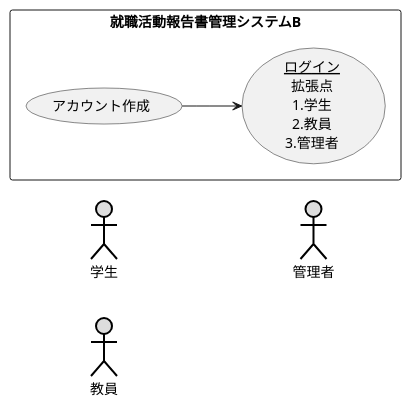
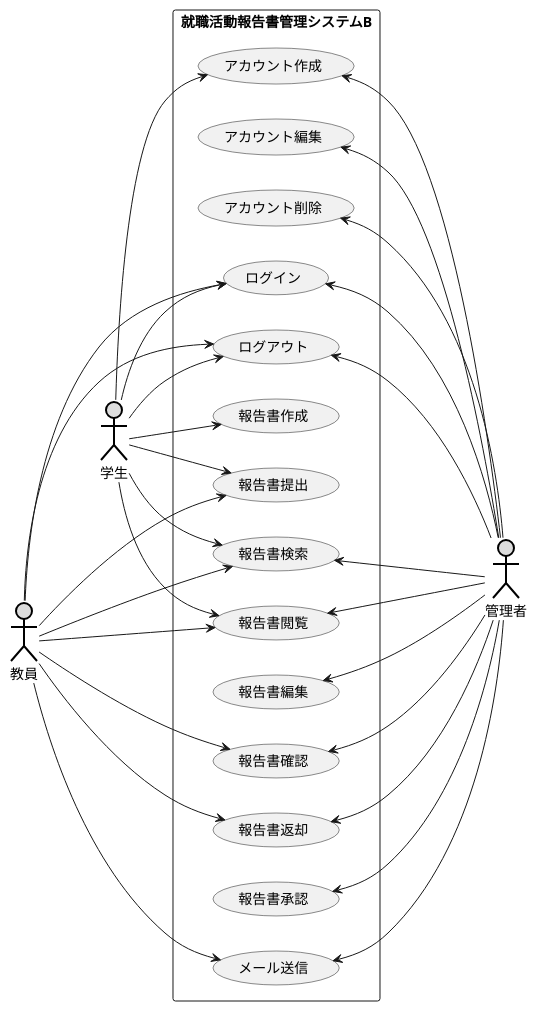
Before and after one commit to shinichiro2631/uml_intro: the diagram in 就職活動報告書管理システムB.pu, drawn with PlantUML.

Commit message:
就職活動報告書システムの作成

```diff
--- a/就職活動報告書管理システムB.pu
+++ b/就職活動報告書管理システムB.pu
@@ -1,11 +1,49 @@
 @startuml 就職活動報告書管理システムB
 left to right direction
 actor 学生 #DDDDDD;line:black;line.bold;
 actor 教員 #DDDDDD;line:black;line.bold;
 actor 管理者 #DDDDDD;line:black;line.bold;
 rectangle 就職活動報告書管理システムB {
     usecase アカウント作成
-    usecase (<u>ログイン</u>\n拡張点\n1.学生\n2.教員\n3.管理者) as input_login
+    usecase アカウント編集
+    usecase アカウント削除
+    usecase ログイン
+    usecase ログアウト
+    usecase 報告書作成
+    usecase 報告書提出
+    usecase 報告書検索
+    usecase 報告書閲覧
+    usecase 報告書編集
+    usecase 報告書確認
+    usecase 報告書返却
+    usecase 報告書承認
+    usecase メール送信
 }
-アカウント作成 --> input_login
+学生 --> アカウント作成
+学生 --> ログイン
+学生 --> ログアウト
+学生 --> 報告書作成
+学生 --> 報告書提出
+学生 --> 報告書検索
+学生 --> 報告書閲覧
+教員 ---> ログイン
+教員 ---> ログアウト
+教員 ---> 報告書提出
+教員 ---> 報告書検索
+教員 ---> 報告書閲覧
+教員 ---> 報告書確認
+教員 ---> 報告書返却
+教員 ---> メール送信
+アカウント作成 <---- 管理者
+アカウント編集 <--- 管理者
+アカウント削除 <--- 管理者
+ログイン <-- 管理者
+ログアウト <-- 管理者
+報告書検索 <-- 管理者
+報告書閲覧 <-- 管理者
+報告書編集 <-- 管理者
+報告書確認 <-- 管理者
+報告書返却 <-- 管理者
+報告書承認 <-- 管理者
+メール送信 <-- 管理者
 @enduml
```
